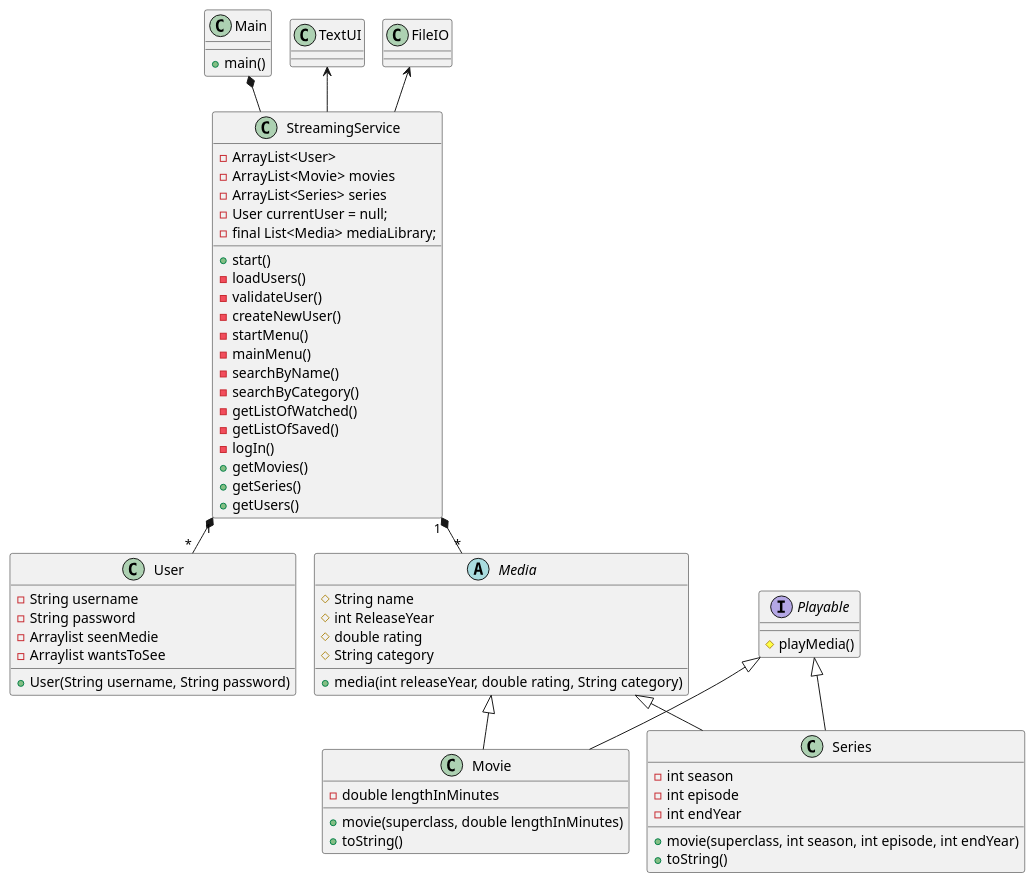
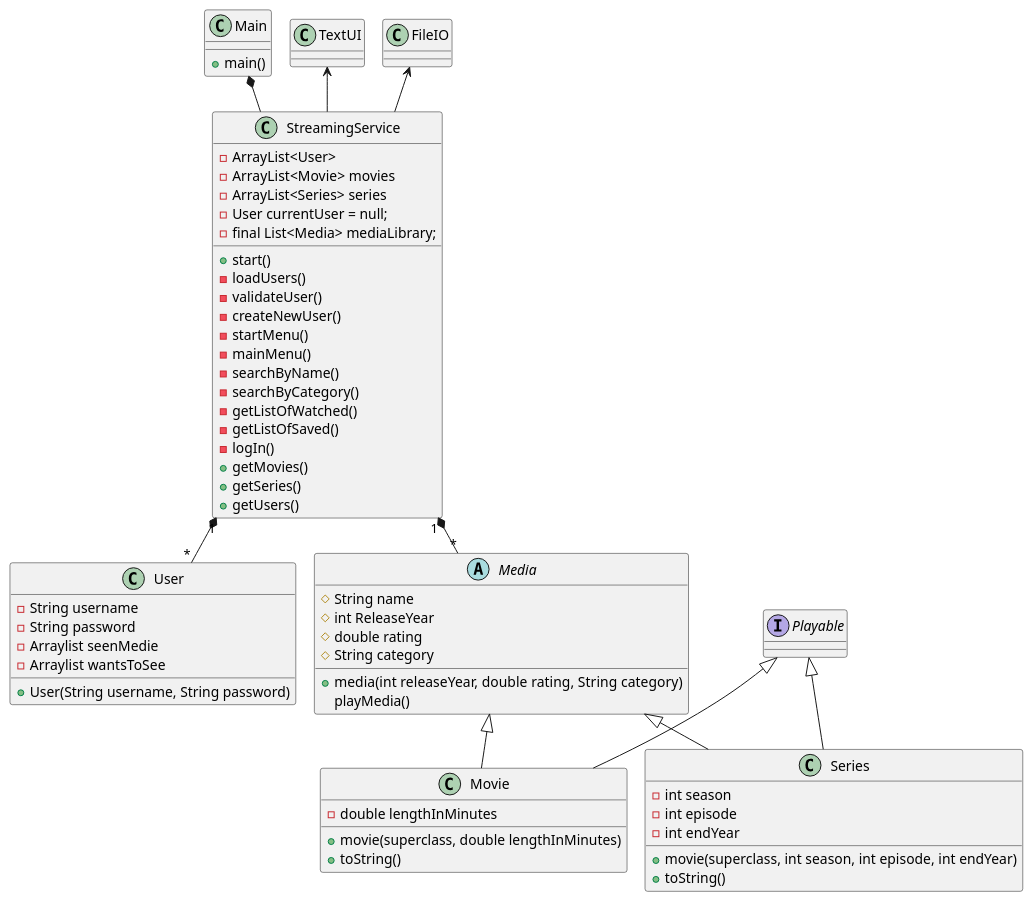
Before and after one commit to Eligoon/SP3_Gruppe_G: the diagram in Diagrams/SP3ClassDiagram v.1.puml, drawn with PlantUML.

Commit message:
updated class diagram

```diff
--- a/Diagrams/SP3ClassDiagram v.1.puml
+++ b/Diagrams/SP3ClassDiagram v.1.puml
@@ -1,91 +1,92 @@
 @startuml
 'https://plantuml.com/class-diagram
 !pragma layout smetana
 Main *-- StreamingService
 StreamingService "1" *-- "*" User
 StreamingService "1" *-- "*" Media
 Media <|-- Movie
 Media <|-- Series
 TextUI <--StreamingService
 FileIO <-- StreamingService
 Playable <|-- Movie
 Playable <|-- Series
 
 
 class Main
 {
 + main()
 }
 
 class StreamingService
 {
  - ArrayList<User>
  - ArrayList<Movie> movies
  - ArrayList<Series> series
  - User currentUser = null;
  - final List<Media> mediaLibrary;
 
  + start()
  - loadUsers()
  - validateUser()
  - createNewUser()
  - startMenu()
  - mainMenu()
  - searchByName()
  - searchByCategory()
  - getListOfWatched()
  - getListOfSaved()
  - logIn()
  + getMovies()
  + getSeries()
  + getUsers()
 }
 
 abstract class Media
 {
 # String name
 # int ReleaseYear
 # double rating
 # String category
 + media(int releaseYear, double rating, String category)
+playMedia()
 }
 
 class Movie
 {
 - double lengthInMinutes
 + movie(superclass, double lengthInMinutes)
 + toString()
 }
 
 class Series
 {
 - int season
 - int episode
 - int endYear
 + movie(superclass, int season, int episode, int endYear)
 + toString()
 }
 
 class User
 {
 - String username
 - String password
 - Arraylist seenMedie
 - Arraylist wantsToSee
 + User(String username, String password)
 }
 
 class TextUI
 {
 }
 
 class FileIO
 {
 }
 
 interface Playable
 {
-# playMedia()
+
 }
 
 @enduml
```
